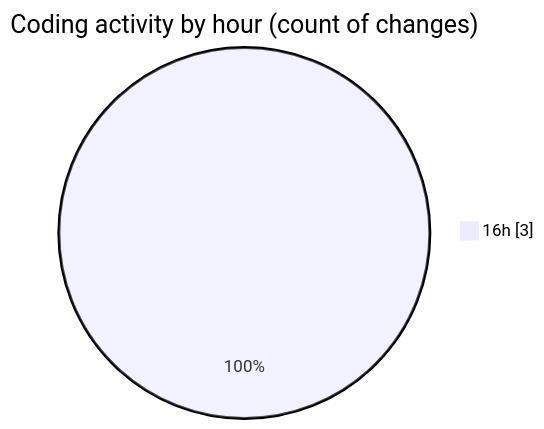
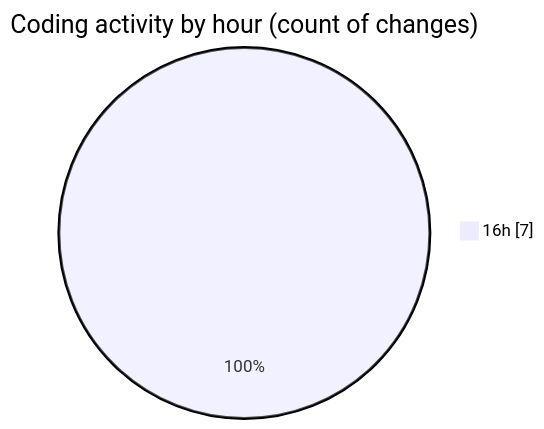
One commit to NitaiMahat/code-tracking changed the second of 2 diagrams in 2025-01-28/java/README.md. Above: the diagram before and after it, drawn with Mermaid. The commit also changed other lines of this file and 1 other file, not shown here.

````diff
--- a/2025-01-28/java/README.md
+++ b/2025-01-28/java/README.md
@@ -29,5 +29,5 @@
 ```mermaid
 pie showData
 title Coding activity by hour (count of changes)
-"16h" : 3
+"16h" : 7
 ```
````
